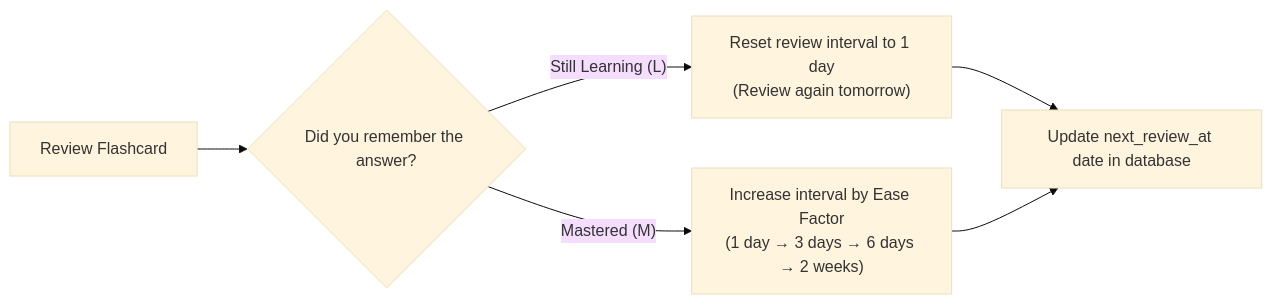
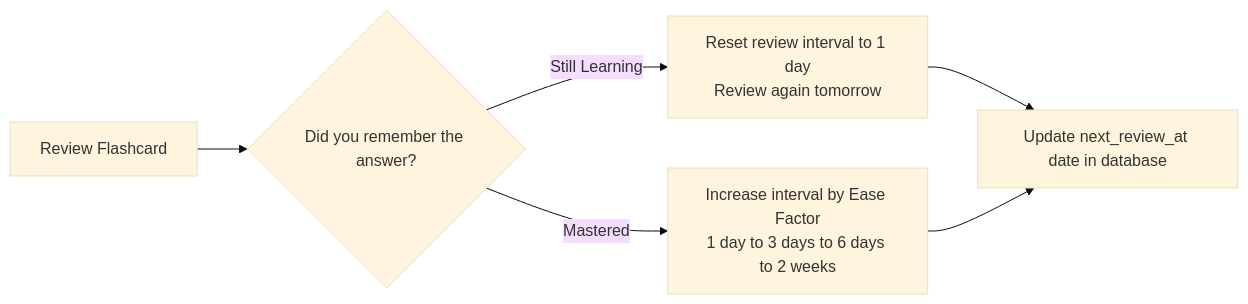
One commit to Binit08/study_planner changed the third of 4 diagrams in README.md. Above: the diagram before and after it, drawn with Mermaid (base theme). The commit also changed other lines of this file and 4 other files, not shown here.

Commit message:
fix diagrams in readme

````diff
--- a/README.md
+++ b/README.md
@@ -79,8 +85,8 @@
 ```mermaid
 flowchart LR
     Card["Review Flashcard"] --> Answer{"Did you remember the answer?"}
-    Answer -- "Still Learning (L)" --> Reset["Reset review interval to 1 day<br/>(Review again tomorrow)"]
-    Answer -- "Mastered (M)" --> Multiply["Increase interval by Ease Factor<br/>(1 day → 3 days → 6 days → 2 weeks)"]
+    Answer -->|Still Learning| Reset["Reset review interval to 1 day<br>Review again tomorrow"]
+    Answer -->|Mastered| Multiply["Increase interval by Ease Factor<br>1 day to 3 days to 6 days to 2 weeks"]
     Reset --> SaveRating["Update next_review_at date in database"]
     Multiply --> SaveRating
 ```
````
